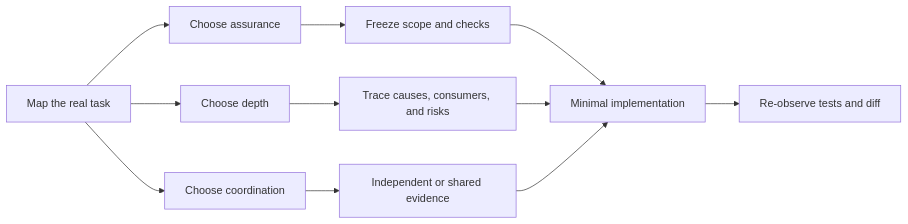
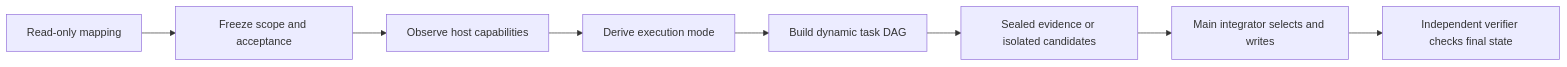
The diagram in README.md (Mai-xiyu/wide-lens-engineering), drawn with Mermaid before and after one commit. The commit also changed other lines of this file and 23 other files, not shown here.

````diff
--- a/README.md
+++ b/README.md
@@ -145,13 +106,10 @@
 ```mermaid
 flowchart LR
-    A["Map the real task"] --> B["Choose assurance"]
-    A --> C["Choose depth"]
-    A --> D["Choose coordination"]
-    B --> E["Freeze scope and checks"]
-    C --> F["Trace causes, consumers, and risks"]
-    D --> G["Independent or shared evidence"]
-    E --> H["Minimal implementation"]
-    F --> H
-    G --> H
-    H --> I["Re-observe tests and diff"]
+    A["Read-only mapping"] --> B["Freeze scope and acceptance"]
+    B --> C["Observe host capabilities"]
+    C --> D["Derive execution mode"]
+    D --> E["Build dynamic task DAG"]
+    E --> F["Sealed evidence or isolated candidates"]
+    F --> G["Main integrator selects and writes"]
+    G --> H["Independent verifier checks final state"]
 ```
````
